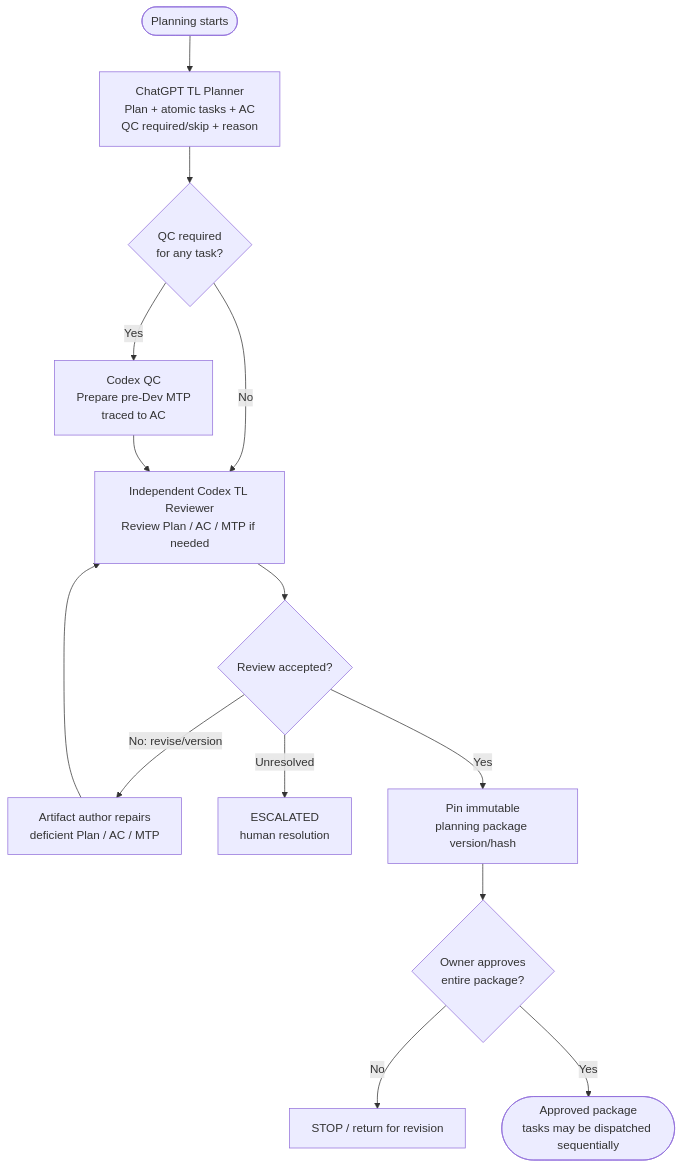
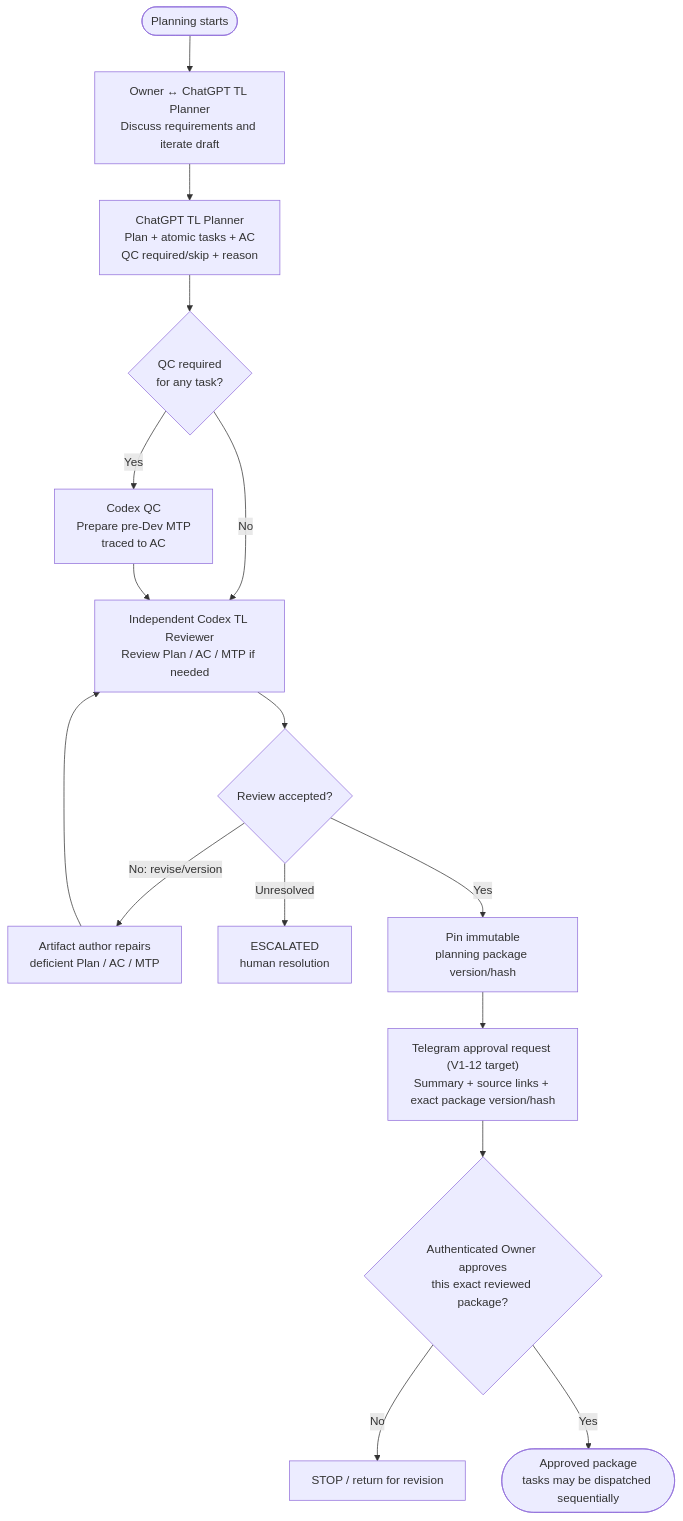
One commit to builacviet/agent-workflow changed the second of 3 diagrams in docs/v1-visual-flows.md. Above: the diagram before and after it, drawn with Mermaid. The commit also changed other lines of this file, not shown here.

Commit message:
docs(V1): show QC pre-Dev MTP and Telegram Owner planning-package approval

````diff
--- a/docs/v1-visual-flows.md
+++ b/docs/v1-visual-flows.md
@@ -66,16 +73,18 @@
 ```mermaid
 flowchart TD
-  START([Planning starts]) --> PLAN["ChatGPT TL Planner<br/>Plan + atomic tasks + AC<br/>QC required/skip + reason"]
+  START([Planning starts]) --> DISCUSS["Owner ↔ ChatGPT TL Planner<br/>Discuss requirements and iterate draft"]
+  DISCUSS --> PLAN["ChatGPT TL Planner<br/>Plan + atomic tasks + AC<br/>QC required/skip + reason"]
   PLAN --> QCQ{"QC required<br/>for any task?"}
   QCQ -->|Yes| MTP["Codex QC<br/>Prepare pre-Dev MTP<br/>traced to AC"]
   QCQ -->|No| REV["Independent Codex TL Reviewer<br/>Review Plan / AC / MTP if needed"]
   MTP --> REV
   REV --> RV{"Review accepted?"}
   RV -->|No: revise/version| FIX["Artifact author repairs<br/>deficient Plan / AC / MTP"]
   FIX --> REV
   RV -->|Unresolved| ESC["ESCALATED<br/>human resolution"]
   RV -->|Yes| PIN["Pin immutable<br/>planning package version/hash"]
-  PIN --> APPROVE{"Owner approves<br/>entire package?"}
+  PIN --> TG["Telegram approval request (V1-12 target)<br/>Summary + source links + exact package version/hash"]
+  TG --> APPROVE{"Authenticated Owner approves<br/>this exact reviewed package?"}
   APPROVE -->|No| HOLD["STOP / return for revision"]
   APPROVE -->|Yes| READY(["Approved package<br/>tasks may be dispatched sequentially"])
 ```
````
